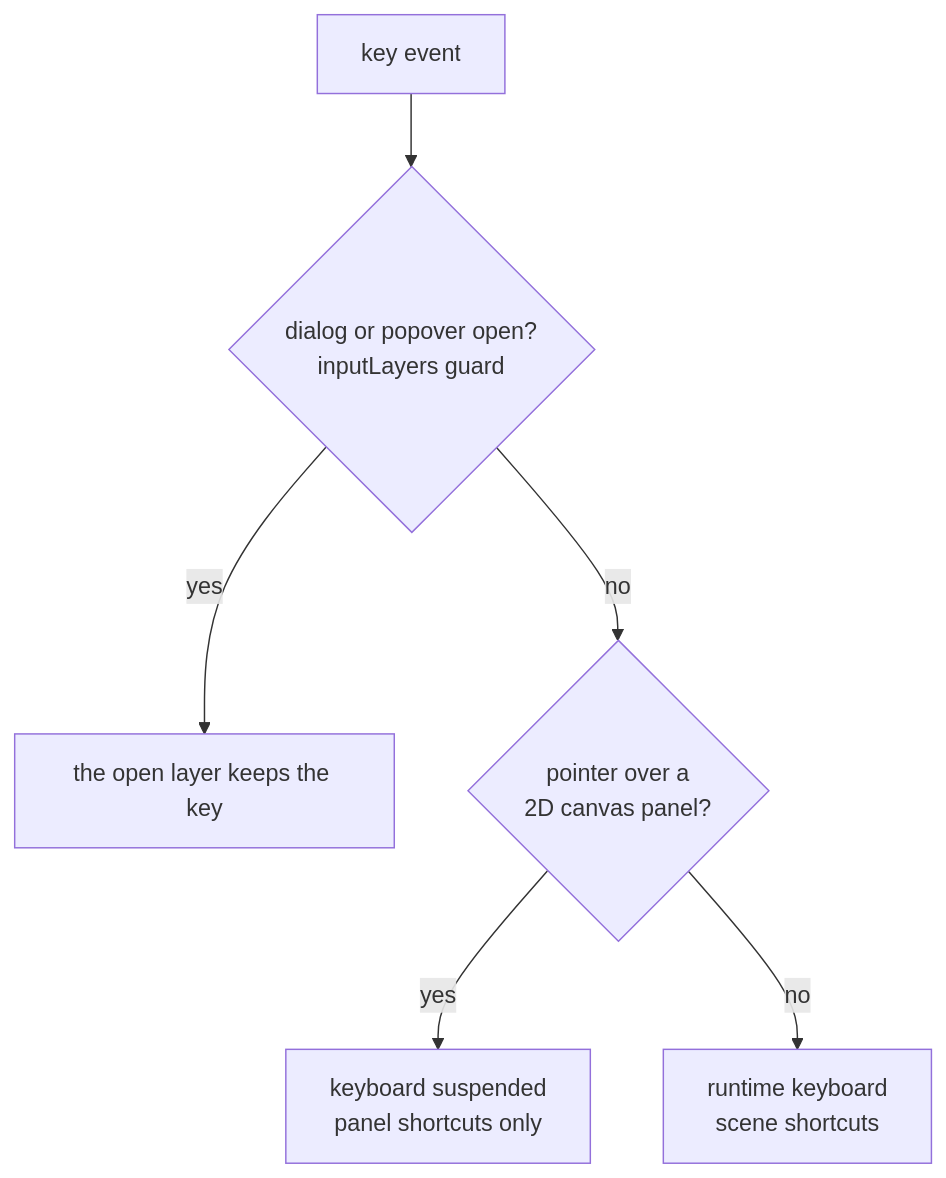
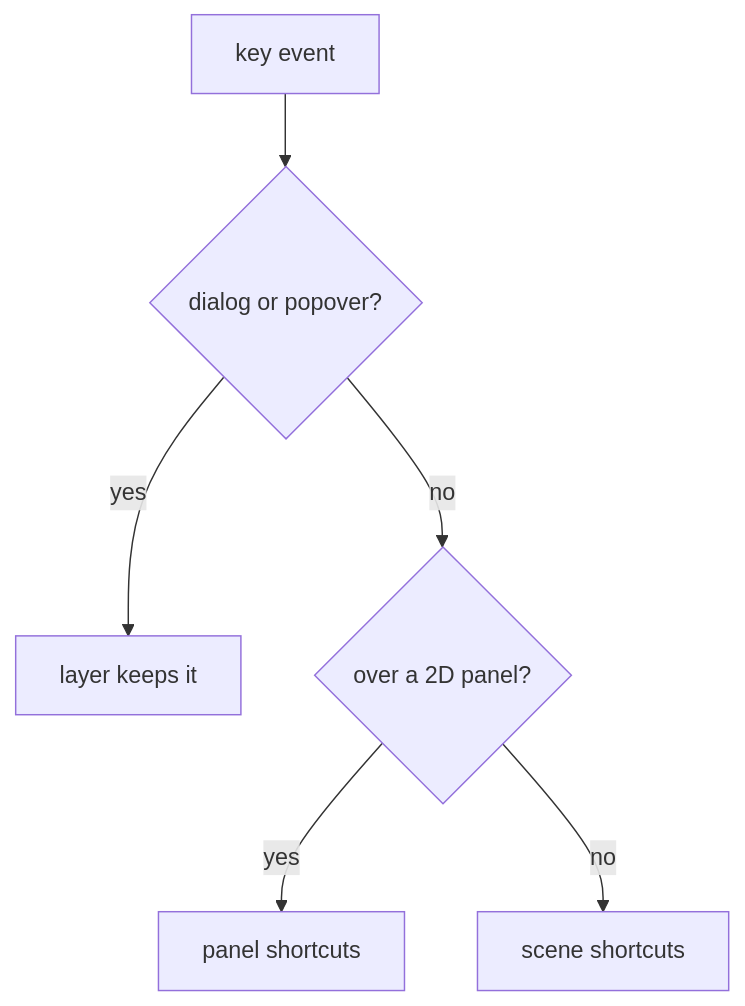
Diagram 14 of 14 in packages/editors/host/ARCHITECTURE.md (JollyPixel/editor), drawn with Mermaid before and after one commit. The commit also changed other lines of this file and 114 other files, not shown here.

````diff
--- a/packages/editors/host/ARCHITECTURE.md
+++ b/packages/editors/host/ARCHITECTURE.md
@@ -318,8 +217,8 @@
 ```mermaid
 flowchart TB
-  Key["key event"] --> Guard{"dialog or popover open?<br/>inputLayers guard"}
-  Guard -->|"yes"| Ui["the open layer keeps the key"]
-  Guard -->|"no"| Hover{"pointer over a<br/>2D canvas panel?"}
-  Hover -->|"yes"| Panel["keyboard suspended<br/>panel shortcuts only"]
-  Hover -->|"no"| Scene["runtime keyboard<br/>scene shortcuts"]
+    Key["key event"] --> Layer{"dialog or popover?"}
+    Layer -->|"yes"| Ui["layer keeps it"]
+    Layer -->|"no"| Hover{"over a 2D panel?"}
+    Hover -->|"yes"| Panel["panel shortcuts"]
+    Hover -->|"no"| Scene["scene shortcuts"]
 ```
````
